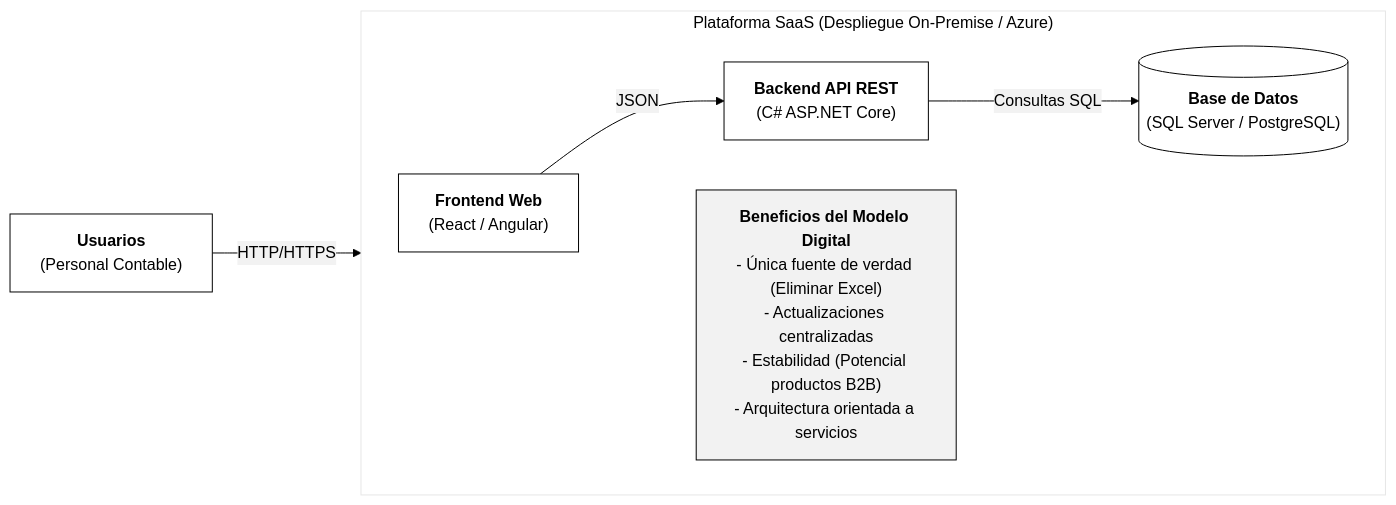
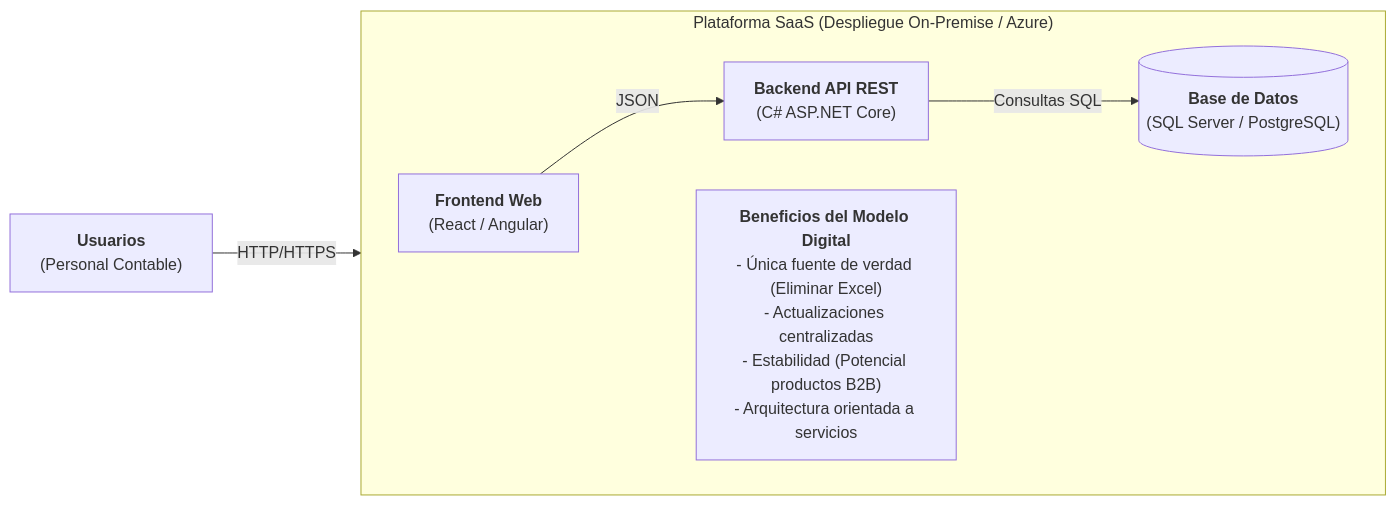
The third of 40 diagrams in docs/entregable-12-borrador-integrado.md (DavidsitoPay/erp-contable-delta), drawn with Mermaid before and after one commit. The commit also changed other lines of this file, not shown here.

````diff
--- a/docs/entregable-12-borrador-integrado.md
+++ b/docs/entregable-12-borrador-integrado.md
@@ -468,20 +654,15 @@
 ```mermaid
-%%{init: {"theme": "base", "themeVariables": {"primaryColor": "#ffffff", "primaryTextColor": "#000000", "primaryBorderColor": "#000000", "lineColor": "#000000", "secondaryColor": "#f2f2f2", "tertiaryColor": "#ffffff", "background": "#ffffff", "fontFamily": "Arial, sans-serif"}}}%%
 flowchart LR
     US["<b>Usuarios</b><br/>(Personal Contable)"]
     subgraph PL["Plataforma SaaS (Despliegue On-Premise / Azure)"]
         direction LR
         FE["<b>Frontend Web</b><br/>(React / Angular)"]
         BE["<b>Backend API REST</b><br/>(C# ASP.NET Core)"]
         DB[("<b>Base de Datos</b><br/>(SQL Server / PostgreSQL)")]
         BN["<b>Beneficios del Modelo Digital</b><br/>- Única fuente de verdad (Eliminar Excel)<br/>- Actualizaciones centralizadas<br/>- Estabilidad (Potencial productos B2B)<br/>- Arquitectura orientada a servicios"]
     end
     US -- "HTTP/HTTPS" --> FE
     FE -- "JSON" --> BE
     BE -- "Consultas SQL" --> DB
     FE ~~~ BN
-    classDef caja fill:#ffffff,stroke:#000000,color:#000000;
-    classDef nota fill:#f2f2f2,stroke:#000000,color:#000000;
-    class US,FE,BE,DB caja;
-    class BN nota;
 ```
````
